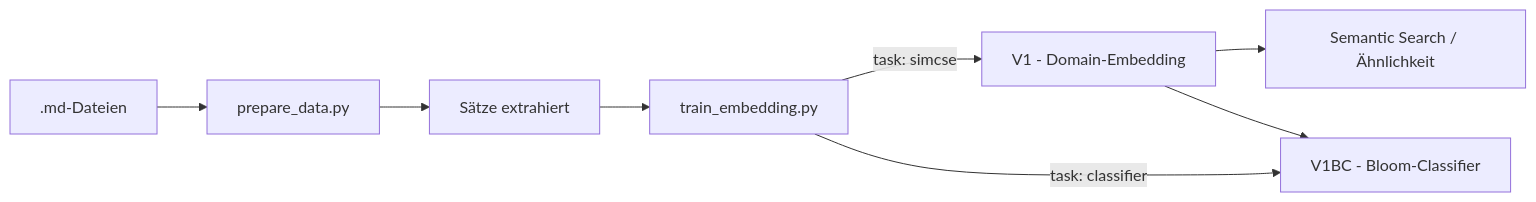
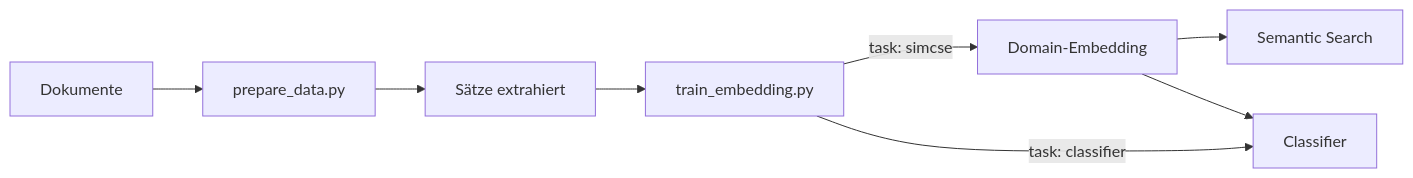
Before and after one commit to timon239/train_embedding: the diagram in README.md, drawn with Mermaid. The commit also changed other lines of this file and 4 other files, not shown here.

````diff
--- a/README.md
+++ b/README.md
@@ -10,10 +10,10 @@
 ```mermaid
 flowchart LR
-    A[.md-Dateien] --> B[prepare_data.py]
+    A[Dokumente] --> B[prepare_data.py]
     B --> C[Sätze extrahiert]
     C --> D[train_embedding.py]
-    D -->|task: simcse| E[V1 - Domain-Embedding]
-    D -->|task: classifier| F[V1BC - Bloom-Classifier]
-    E --> G[Semantic Search / Ähnlichkeit]
+    D -->|task: simcse| E[Domain-Embedding]
+    D -->|task: classifier| F[Classifier]
+    E --> G[Semantic Search]
     E --> F
 ```
````
